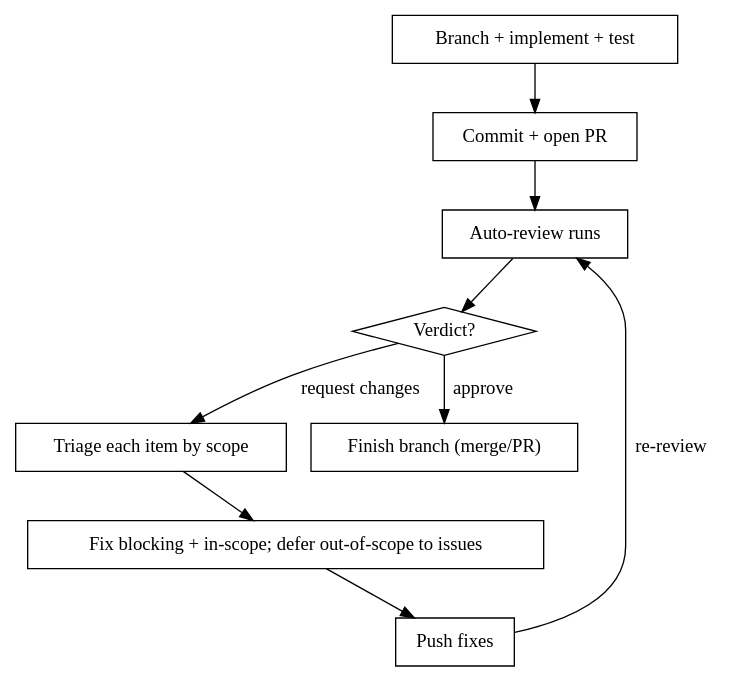
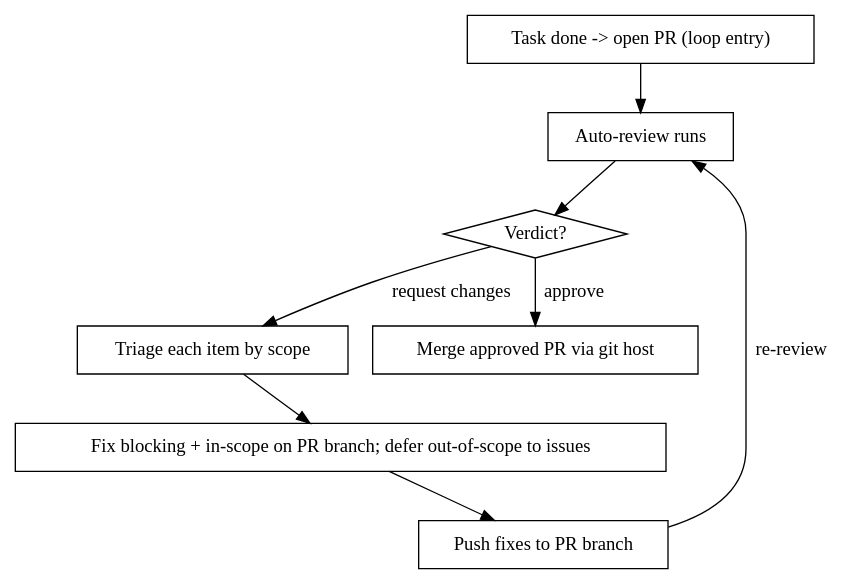
The diagram in skills/repo-maintenance.md (gbrennon/ai-toolkit), drawn with Graphviz before and after one commit. The commit also changed other lines of this file, not shown here.

Commit message:
docs(skills): focus repo-maintenance on open-PR loop; forbid pushing to main

````diff
--- a/skills/repo-maintenance.md
+++ b/skills/repo-maintenance.md
@@ -24,21 +32,19 @@
 ```dot
 digraph loop {
-    "Branch + implement + test" [shape=box];
-    "Commit + open PR" [shape=box];
+    "Task done -> open PR (loop entry)" [shape=box];
     "Auto-review runs" [shape=box];
     "Verdict?" [shape=diamond];
     "Triage each item by scope" [shape=box];
-    "Fix blocking + in-scope; defer out-of-scope to issues" [shape=box];
-    "Push fixes" [shape=box];
-    "Finish branch (merge/PR)" [shape=box];
+    "Fix blocking + in-scope on PR branch; defer out-of-scope to issues" [shape=box];
+    "Push fixes to PR branch" [shape=box];
+    "Merge approved PR via git host" [shape=box];
 
-    "Branch + implement + test" -> "Commit + open PR";
-    "Commit + open PR" -> "Auto-review runs";
+    "Task done -> open PR (loop entry)" -> "Auto-review runs";
     "Auto-review runs" -> "Verdict?";
     "Verdict?" -> "Triage each item by scope" [label="request changes"];
-    "Triage each item by scope" -> "Fix blocking + in-scope; defer out-of-scope to issues";
-    "Fix blocking + in-scope; defer out-of-scope to issues" -> "Push fixes";
-    "Push fixes" -> "Auto-review runs" [label="re-review"];
-    "Verdict?" -> "Finish branch (merge/PR)" [label="approve"];
+    "Triage each item by scope" -> "Fix blocking + in-scope on PR branch; defer out-of-scope to issues";
+    "Fix blocking + in-scope on PR branch; defer out-of-scope to issues" -> "Push fixes to PR branch";
+    "Push fixes to PR branch" -> "Auto-review runs" [label="re-review"];
+    "Verdict?" -> "Merge approved PR via git host" [label="approve"];
 }
 ```
````
